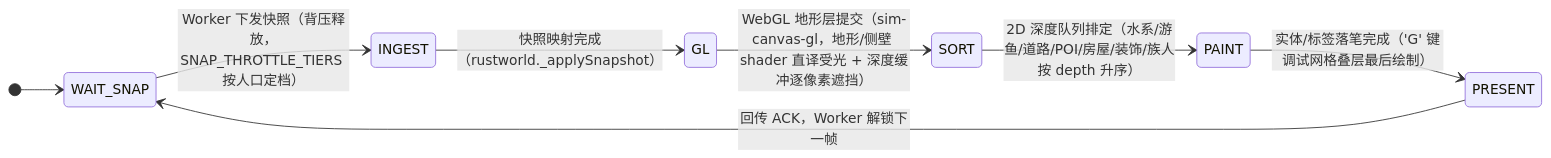
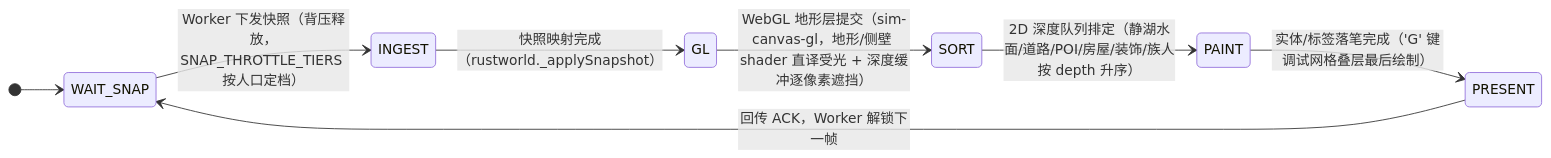
One commit to g39088902/FlowAndAccord changed the diagram in docs/current/tech/16-frontend-overview.md. Above: the diagram before and after it, drawn with Mermaid. The commit also changed other lines of this file and 52 other files, not shown here.

First line of the commit message:
feat!: 删除地图河流水系统与土壤湿润

````diff
--- a/docs/current/tech/16-frontend-overview.md
+++ b/docs/current/tech/16-frontend-overview.md
@@ -13,11 +13,11 @@
 ```mermaid
 stateDiagram-v2
     direction LR
     [*] --> WAIT_SNAP
     WAIT_SNAP --> INGEST : Worker 下发快照（背压释放，SNAP_THROTTLE_TIERS 按人口定档）
     INGEST --> GL : 快照映射完成（rustworld._applySnapshot）
     GL --> SORT : WebGL 地形层提交（sim-canvas-gl，地形/侧壁 shader 直译受光 + 深度缓冲逐像素遮挡）
-    SORT --> PAINT : 2D 深度队列排定（水系/游鱼/道路/POI/房屋/装饰/族人按 depth 升序）
+    SORT --> PAINT : 2D 深度队列排定（静湖水面/道路/POI/房屋/装饰/族人按 depth 升序）
     PAINT --> PRESENT : 实体/标签落笔完成（'G' 键调试网格叠层最后绘制）
     PRESENT --> WAIT_SNAP : 回传 ACK，Worker 解锁下一帧
 ```
````
